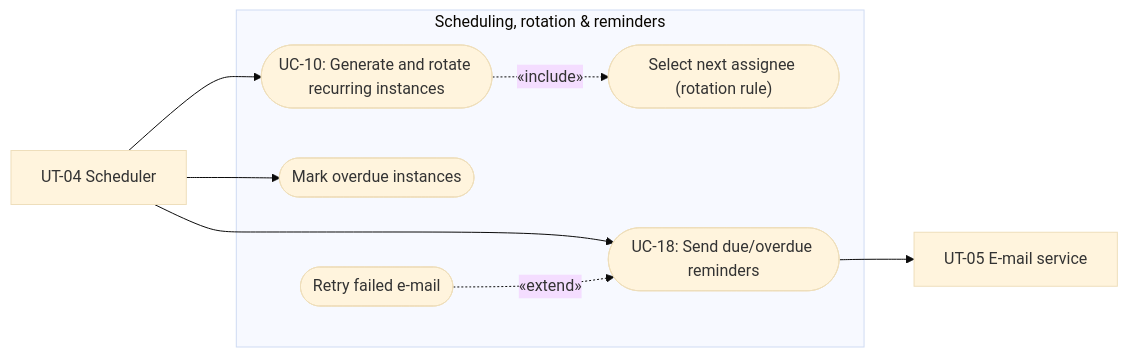
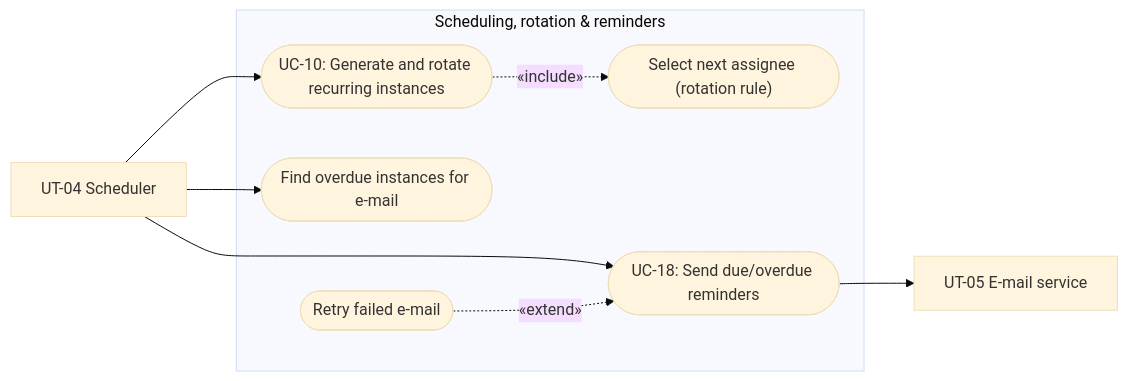
Before and after one commit to AhmetSCakmak/TaskRota: the fifth of 9 diagrams in Requirements_Specification_TaskRota.md, drawn with Mermaid (base theme). The commit also changed other lines of this file, not shown here.

````diff
--- a/Requirements_Specification_TaskRota.md
+++ b/Requirements_Specification_TaskRota.md
@@ -483,20 +540,20 @@
 ```mermaid
 flowchart LR
     Scheduler["UT-04 Scheduler"]
     Email["UT-05 E-mail service"]
 
     subgraph System["Scheduling, rotation & reminders"]
         UC10(["UC-10: Generate and rotate recurring instances"])
         Rot(["Select next assignee (rotation rule)"])
-        Over(["Mark overdue instances"])
+        Over(["Find overdue instances for e-mail"])
         UC18(["UC-18: Send due/overdue reminders"])
         Retry(["Retry failed e-mail"])
     end
 
     Scheduler --> UC10
     Scheduler --> Over
     Scheduler --> UC18
     UC10 -.->|«include»| Rot
     Retry -.->|«extend»| UC18
     UC18 --> Email
 ```
````
